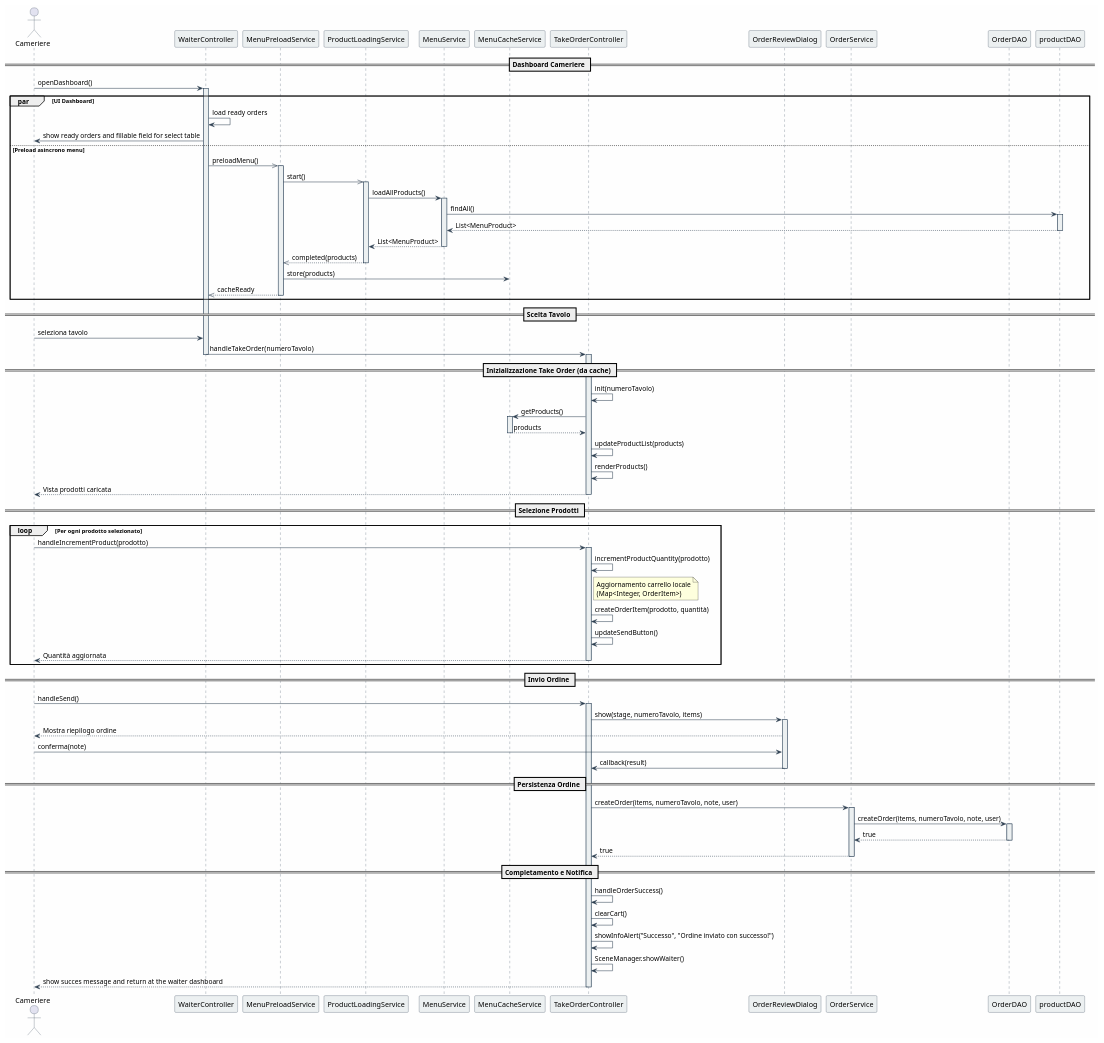
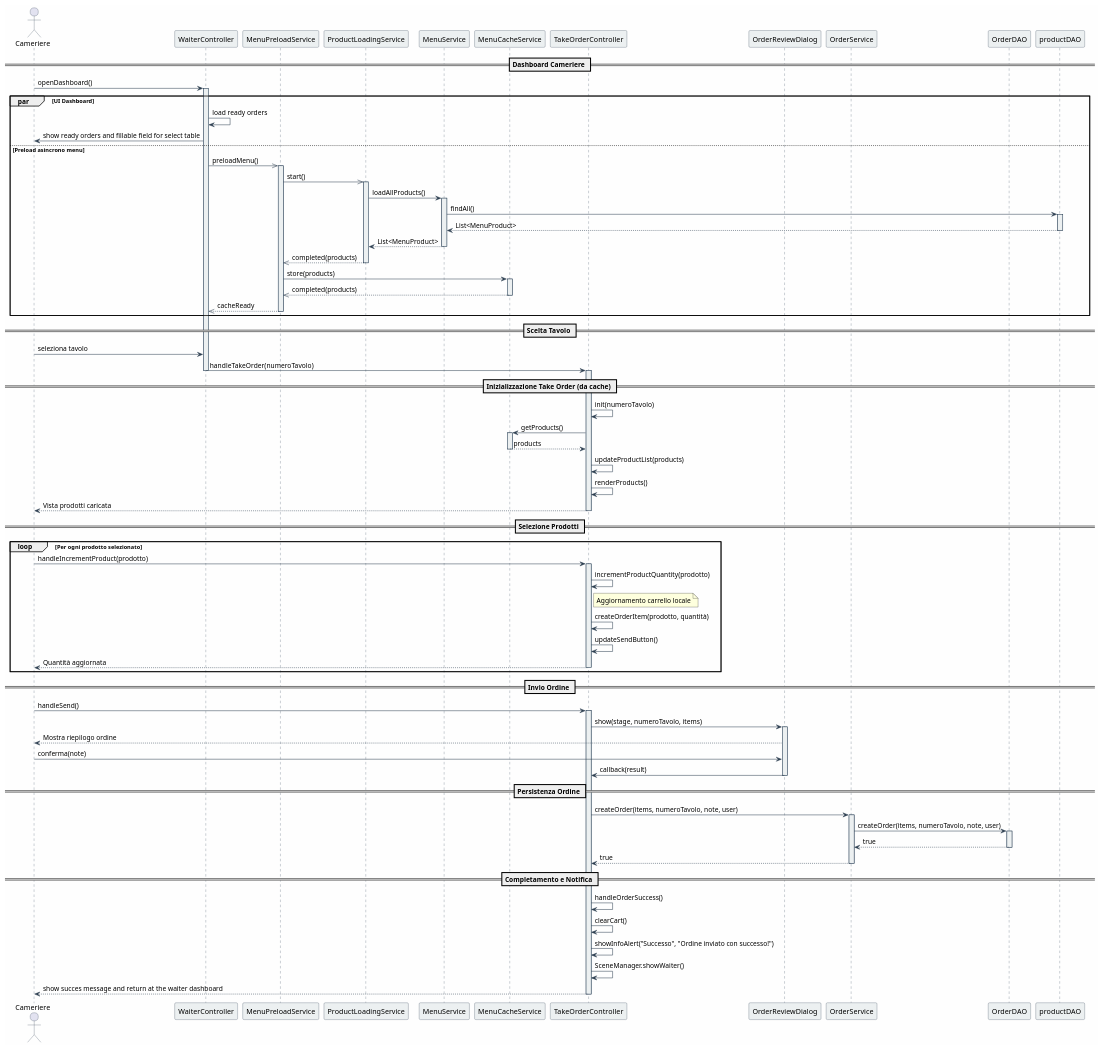
The diagram in diagrammi/plantUML/order_creation_sequence_diagram.puml (BrugnoliDavide/Restaurant-Managaer), drawn with PlantUML before and after one commit. The commit also changed 8 other files, not shown here.

```diff
--- a/diagrammi/plantUML/order_creation_sequence_diagram.puml
+++ b/diagrammi/plantUML/order_creation_sequence_diagram.puml
@@ -1,152 +1,159 @@
 @startuml Creazione Ordine - Restaurant Manager
 
 skinparam backgroundColor #FEFEFE
 skinparam sequence {
     ArrowColor #2C3E50
     ActorBorderColor #2C3E50
     LifeLineBorderColor #34495E
     LifeLineBackgroundColor #ECF0F1
 
     ParticipantBorderColor #2C3E50
     ParticipantBackgroundColor #ECF0F1
 
     BoxBorderColor #34495E
 }
 
 actor Cameriere as waiter
 participant "WaiterController" as waiterCtrl
 participant "MenuPreloadService" as preloadService
 participant "ProductLoadingService" as productService
 participant "MenuService" as menuService
 participant "MenuCacheService" as cache
 
 participant "TakeOrderController" as controller
 participant "OrderReviewDialog" as dialog
 participant "OrderService" as orderService
 participant "OrderDAO" as orderDAO
 participant "productDAO" as PDAO
 
 
 
 == Dashboard Cameriere ==
 
 waiter -> waiterCtrl: openDashboard()
 activate waiterCtrl
 
 par UI Dashboard
     waiterCtrl -> waiterCtrl: load ready orders
 
     waiterCtrl -> waiter: show ready orders and fillable field for select table
 
 else Preload asincrono menu
     waiterCtrl ->> preloadService: preloadMenu()
     activate preloadService
 
     preloadService ->> productService: start()
     activate productService
 
     productService -> menuService: loadAllProducts()
     activate menuService
 
 
 
 
     menuService -> PDAO: findAll()
     activate PDAO
     PDAO --> menuService: List<MenuProduct>
     deactivate PDAO
 
 
     menuService --> productService: List<MenuProduct>
     deactivate menuService
 
     productService -->> preloadService: completed(products)
     deactivate productService
 
     preloadService -> cache: store(products)
+
+    activate cache
+    cache -->> preloadService: completed(products)
+    deactivate cache
+
+
+
     preloadService -->> waiterCtrl: cacheReady
     deactivate preloadService
 end
 
 == Scelta Tavolo ==
 
 waiter -> waiterCtrl: seleziona tavolo
 waiterCtrl -> controller: handleTakeOrder(numeroTavolo)
 deactivate waiterCtrl
 activate controller
 
 == Inizializzazione Take Order (da cache) ==
 
 controller -> controller: init(numeroTavolo)
 controller -> cache: getProducts()
 activate cache
 cache --> controller: products
 deactivate cache
 
 controller -> controller: updateProductList(products)
 controller -> controller: renderProducts()
 
 controller --> waiter: Vista prodotti caricata
 deactivate controller
 
 == Selezione Prodotti ==
 
 loop Per ogni prodotto selezionato
     waiter -> controller: handleIncrementProduct(prodotto)
     activate controller
 
     controller -> controller: incrementProductQuantity(prodotto)
-    note right of controller: Aggiornamento carrello locale\n(Map<Integer, OrderItem>)
+    note right of controller: Aggiornamento carrello locale
 
     controller -> controller: createOrderItem(prodotto, quantità)
     controller -> controller: updateSendButton()
 
     controller --> waiter: Quantità aggiornata
     deactivate controller
 end
 
 == Invio Ordine ==
 
 waiter -> controller: handleSend()
 activate controller
 
 
     controller -> dialog: show(stage, numeroTavolo, items)
     activate dialog
 
     dialog --> waiter: Mostra riepilogo ordine
     waiter -> dialog: conferma(note)
 
     dialog -> controller: callback(result)
     deactivate dialog
 
 
 
 == Persistenza Ordine ==
 
 controller -> orderService: createOrder(items, numeroTavolo, note, user)
 activate orderService
 
 orderService -> orderDAO: createOrder(items, numeroTavolo, note, user)
 
 activate orderDAO
 
 
 orderDAO --> orderService: true
 deactivate orderDAO
 
 orderService --> controller: true
 deactivate orderService
 
 == Completamento e Notifica ==
 
 controller -> controller: handleOrderSuccess()
 controller -> controller: clearCart()
 controller -> controller: showInfoAlert("Successo", "Ordine inviato con successo!")
 
 controller -> controller: SceneManager.showWaiter()
 
 controller --> waiter: show succes message and return at the waiter dashboard
 deactivate controller
 
 @enduml
```
